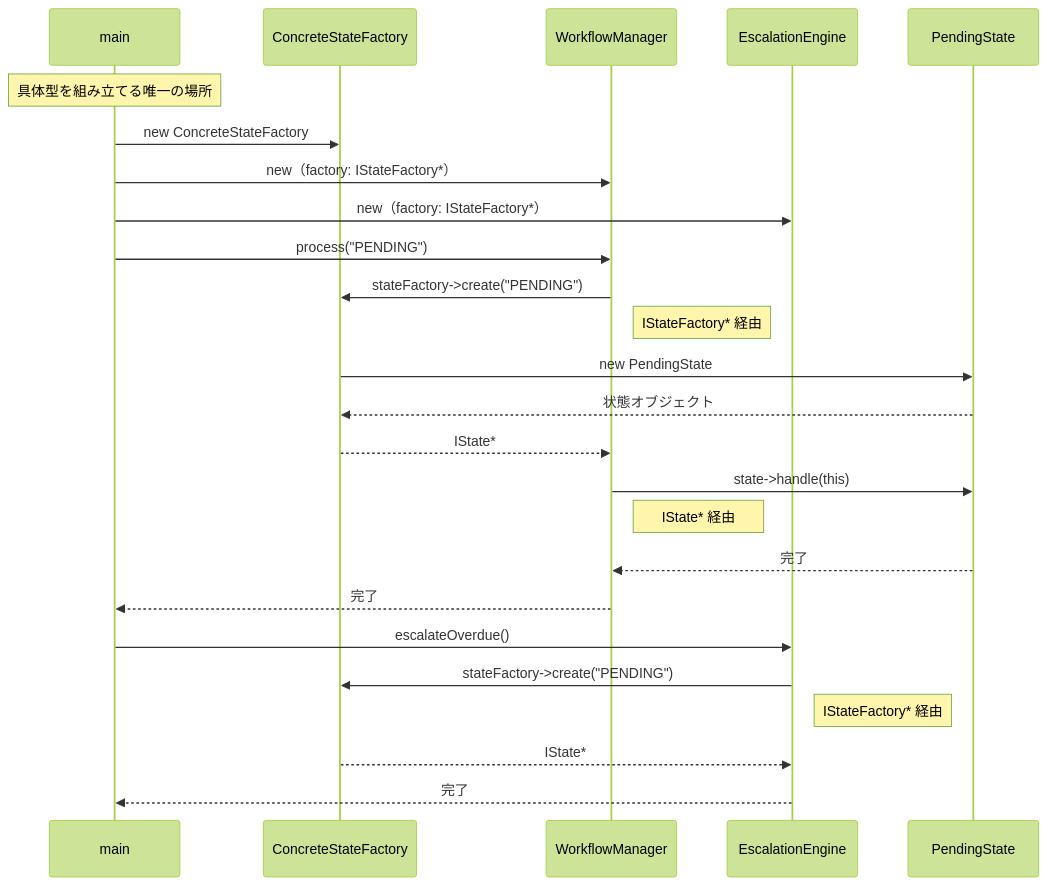
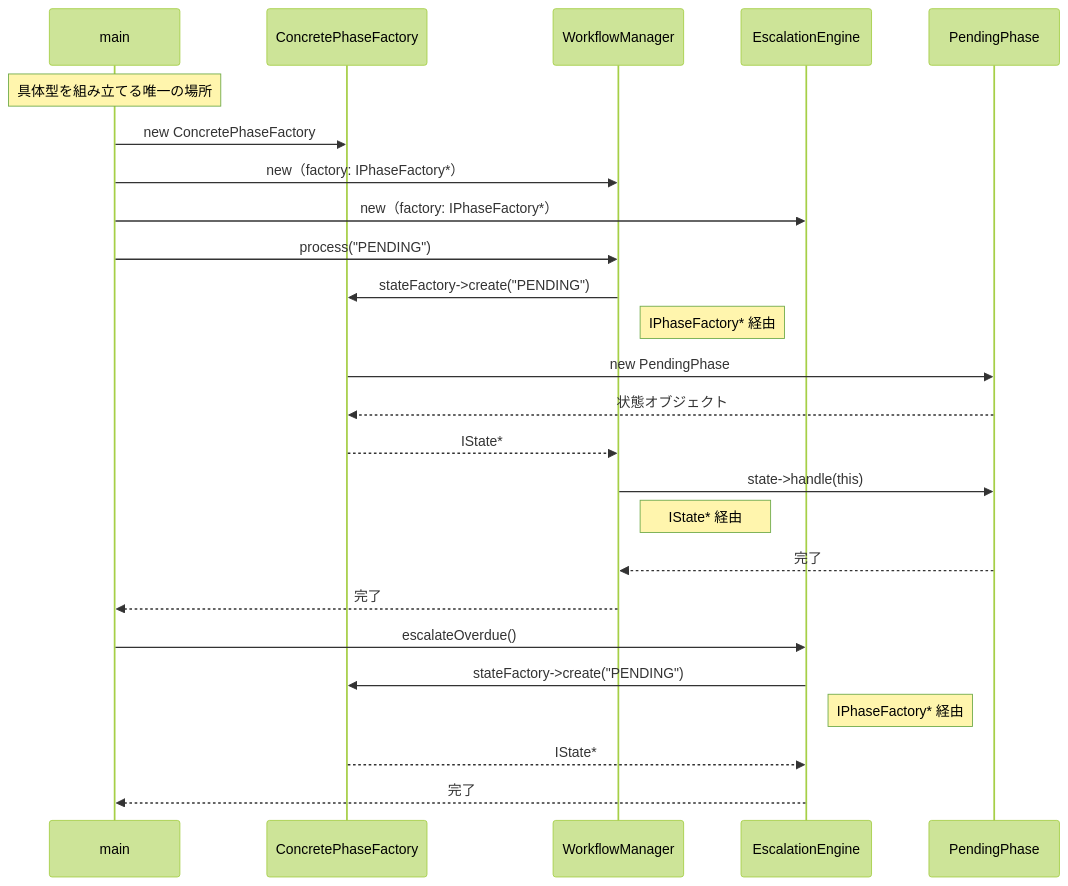
Before and after one commit to kumachan1101-pixel/DesignPattern: the seventh of 10 diagrams in kindle/design-patterns/output/chapter12.md, drawn with Mermaid (forest theme). The commit also changed other lines of this file, not shown here.

````diff
--- a/kindle/design-patterns/output/chapter12.md
+++ b/kindle/design-patterns/output/chapter12.md
@@ -1039,27 +1039,27 @@
 ```mermaid
 sequenceDiagram
     participant main
-    participant CSF as ConcreteStateFactory
+    participant CSF as ConcretePhaseFactory
     participant WM as WorkflowManager
     participant EE as EscalationEngine
-    participant PS as PendingState
+    participant PS as PendingPhase
     Note over main: 具体型を組み立てる唯一の場所
-    main->>CSF: new ConcreteStateFactory
-    main->>WM: new（factory: IStateFactory*）
-    main->>EE: new（factory: IStateFactory*）
+    main->>CSF: new ConcretePhaseFactory
+    main->>WM: new（factory: IPhaseFactory*）
+    main->>EE: new（factory: IPhaseFactory*）
     main->>WM: process("PENDING")
     WM->>CSF: stateFactory->create("PENDING")
-    Note right of WM: IStateFactory* 経由
-    CSF->>PS: new PendingState
+    Note right of WM: IPhaseFactory* 経由
+    CSF->>PS: new PendingPhase
     PS-->>CSF: 状態オブジェクト
     CSF-->>WM: IState*
     WM->>PS: state->handle(this)
     Note right of WM: IState* 経由
     PS-->>WM: 完了
     WM-->>main: 完了
     main->>EE: escalateOverdue()
     EE->>CSF: stateFactory->create("PENDING")
-    Note right of EE: IStateFactory* 経由
+    Note right of EE: IPhaseFactory* 経由
     CSF-->>EE: IState*
     EE-->>main: 完了
 ```
````
